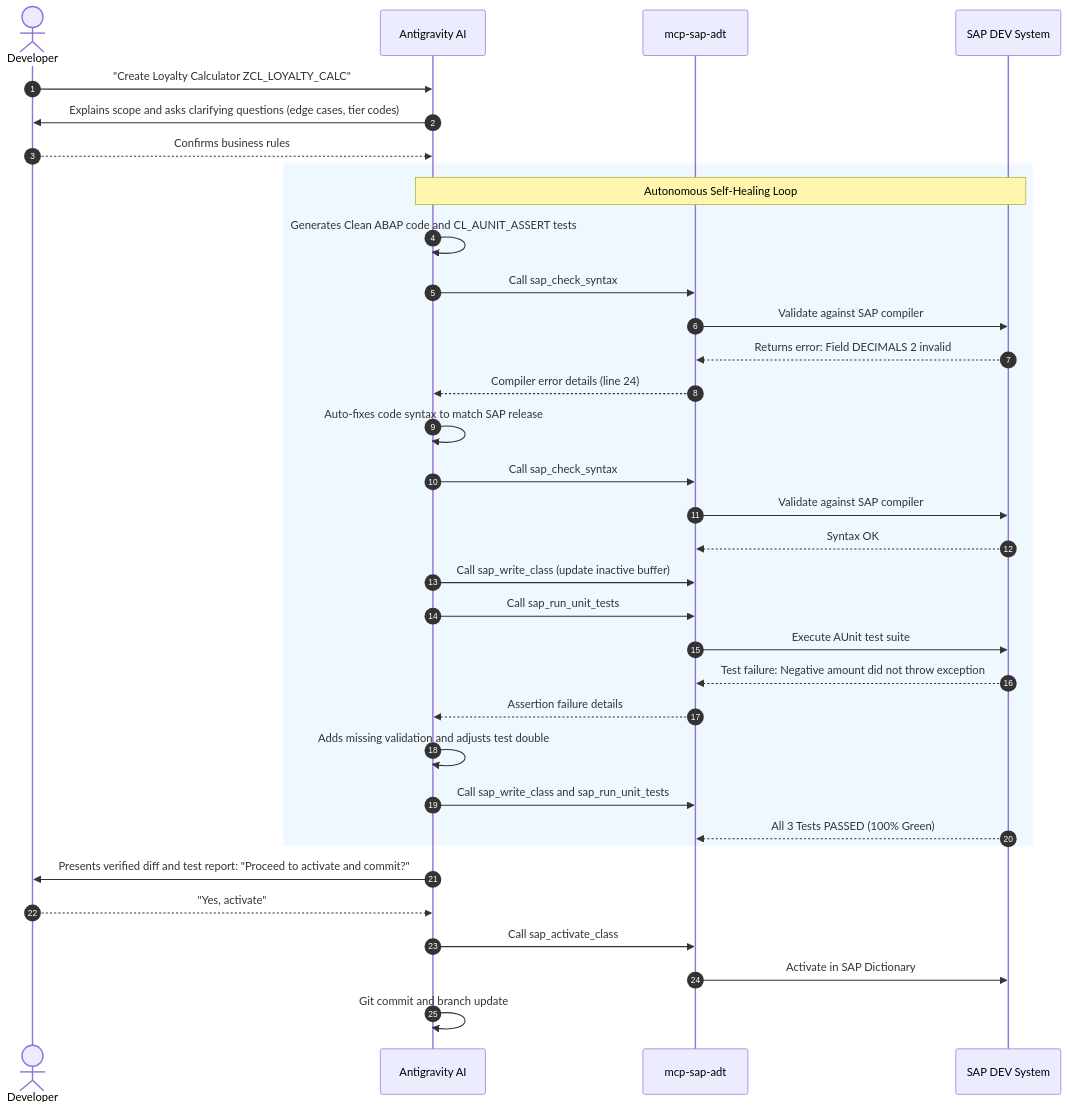
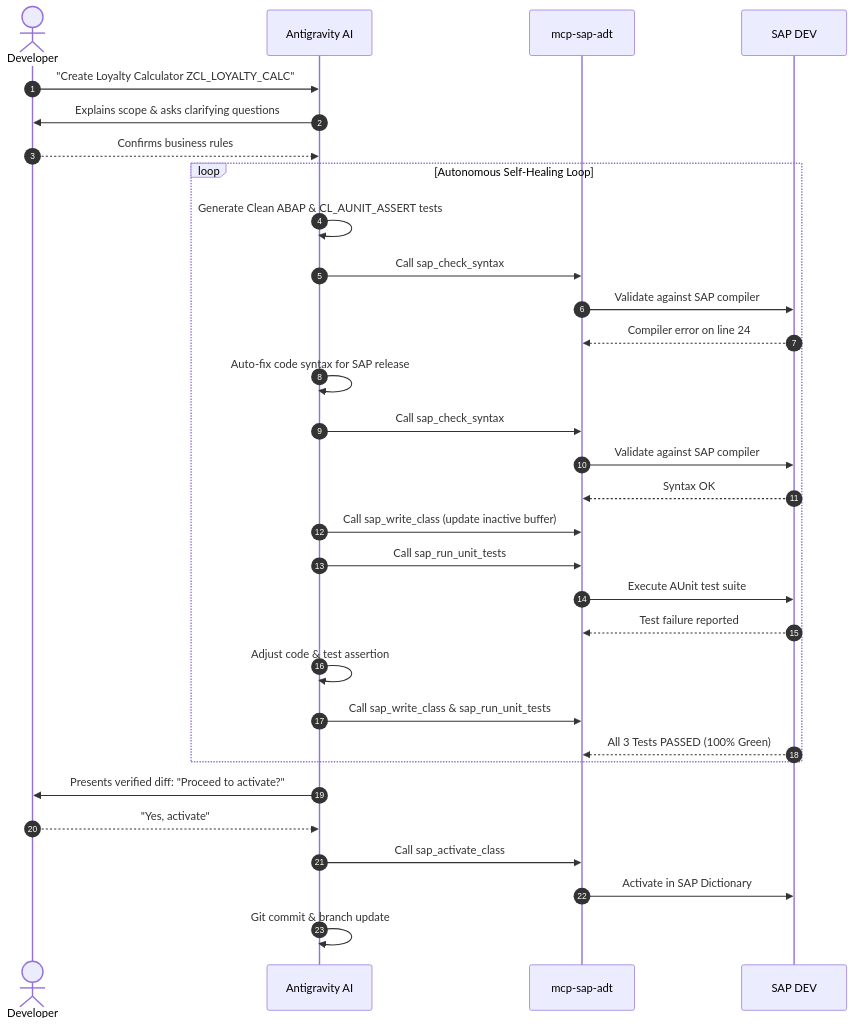
One commit to rajeetcodeN/abap_ai changed the second of 2 diagrams in README.md. Above: the diagram before and after it, drawn with Mermaid.

Commit message:
fix(docs): replace rect rgb with native loop in sequence diagram for GitHub dark mode

````diff
--- a/README.md
+++ b/README.md
@@ -156,39 +156,36 @@
 ```mermaid
 sequenceDiagram
     autonumber
     actor Dev as Developer
     participant AI as Antigravity AI
     participant MCP as mcp-sap-adt
-    participant SAP as SAP DEV System
+    participant SAP as SAP DEV
 
     Dev->>AI: "Create Loyalty Calculator ZCL_LOYALTY_CALC"
-    AI->>Dev: Explains scope and asks clarifying questions (edge cases, tier codes)
+    AI->>Dev: Explains scope & asks clarifying questions
     Dev-->>AI: Confirms business rules
 
-    rect rgb(240, 248, 255)
-    Note over AI,SAP: Autonomous Self-Healing Loop
-    AI->>AI: Generates Clean ABAP code and CL_AUNIT_ASSERT tests
-    AI->>MCP: Call sap_check_syntax
-    MCP->>SAP: Validate against SAP compiler
-    SAP-->>MCP: Returns error: Field DECIMALS 2 invalid
-    MCP-->>AI: Compiler error details (line 24)
-    AI->>AI: Auto-fixes code syntax to match SAP release
-    AI->>MCP: Call sap_check_syntax
-    MCP->>SAP: Validate against SAP compiler
-    SAP-->>MCP: Syntax OK
-    AI->>MCP: Call sap_write_class (update inactive buffer)
-    AI->>MCP: Call sap_run_unit_tests
-    MCP->>SAP: Execute AUnit test suite
-    SAP-->>MCP: Test failure: Negative amount did not throw exception
-    MCP-->>AI: Assertion failure details
-    AI->>AI: Adds missing validation and adjusts test double
-    AI->>MCP: Call sap_write_class and sap_run_unit_tests
-    SAP-->>MCP: All 3 Tests PASSED (100% Green)
+    loop Autonomous Self-Healing Loop
+        AI->>AI: Generate Clean ABAP & CL_AUNIT_ASSERT tests
+        AI->>MCP: Call sap_check_syntax
+        MCP->>SAP: Validate against SAP compiler
+        SAP-->>MCP: Compiler error on line 24
+        AI->>AI: Auto-fix code syntax for SAP release
+        AI->>MCP: Call sap_check_syntax
+        MCP->>SAP: Validate against SAP compiler
+        SAP-->>MCP: Syntax OK
+        AI->>MCP: Call sap_write_class (update inactive buffer)
+        AI->>MCP: Call sap_run_unit_tests
+        MCP->>SAP: Execute AUnit test suite
+        SAP-->>MCP: Test failure reported
+        AI->>AI: Adjust code & test assertion
+        AI->>MCP: Call sap_write_class & sap_run_unit_tests
+        SAP-->>MCP: All 3 Tests PASSED (100% Green)
     end
 
-    AI->>Dev: Presents verified diff and test report: "Proceed to activate and commit?"
+    AI->>Dev: Presents verified diff: "Proceed to activate?"
     Dev-->>AI: "Yes, activate"
     AI->>MCP: Call sap_activate_class
     MCP->>SAP: Activate in SAP Dictionary
-    AI->>AI: Git commit and branch update
+    AI->>AI: Git commit & branch update
 ```
````
